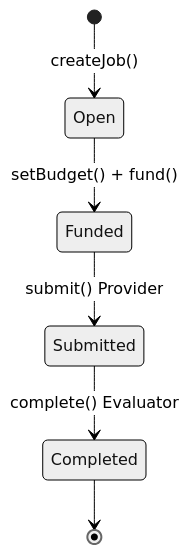
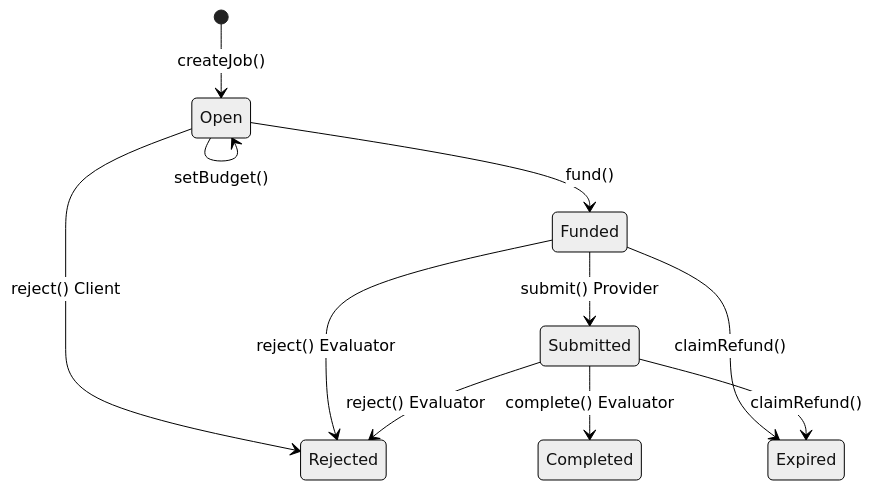
Before and after one commit to Calciux/Trustless-Agent-Work-Agreements: the diagram in README.md, drawn with Mermaid (neutral theme). The commit also changed other lines of this file and 1 other file, not shown here.

````diff
--- a/README.md
+++ b/README.md
@@ -34,8 +67,16 @@
 ```mermaid
 stateDiagram-v2
     [*] --> Open : createJob()
-    Open --> Funded : setBudget() + fund()
+
+    Open --> Open : setBudget()
+    Open --> Rejected : reject()  Client
+    Open --> Funded : fund()
+
     Funded --> Submitted : submit()  Provider
+    Funded --> Rejected : reject()  Evaluator
+    Funded --> Expired : claimRefund()
+
     Submitted --> Completed : complete()  Evaluator
-    Completed --> [*]
+    Submitted --> Rejected : reject()  Evaluator
+    Submitted --> Expired : claimRefund()
 ```
````
